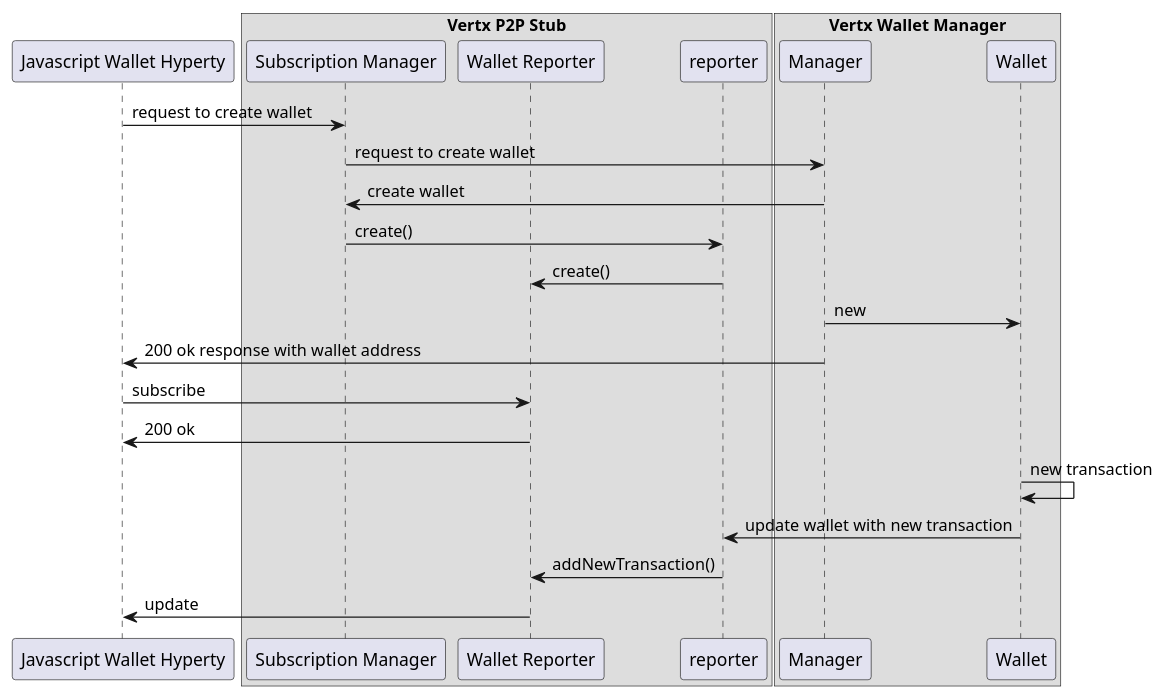
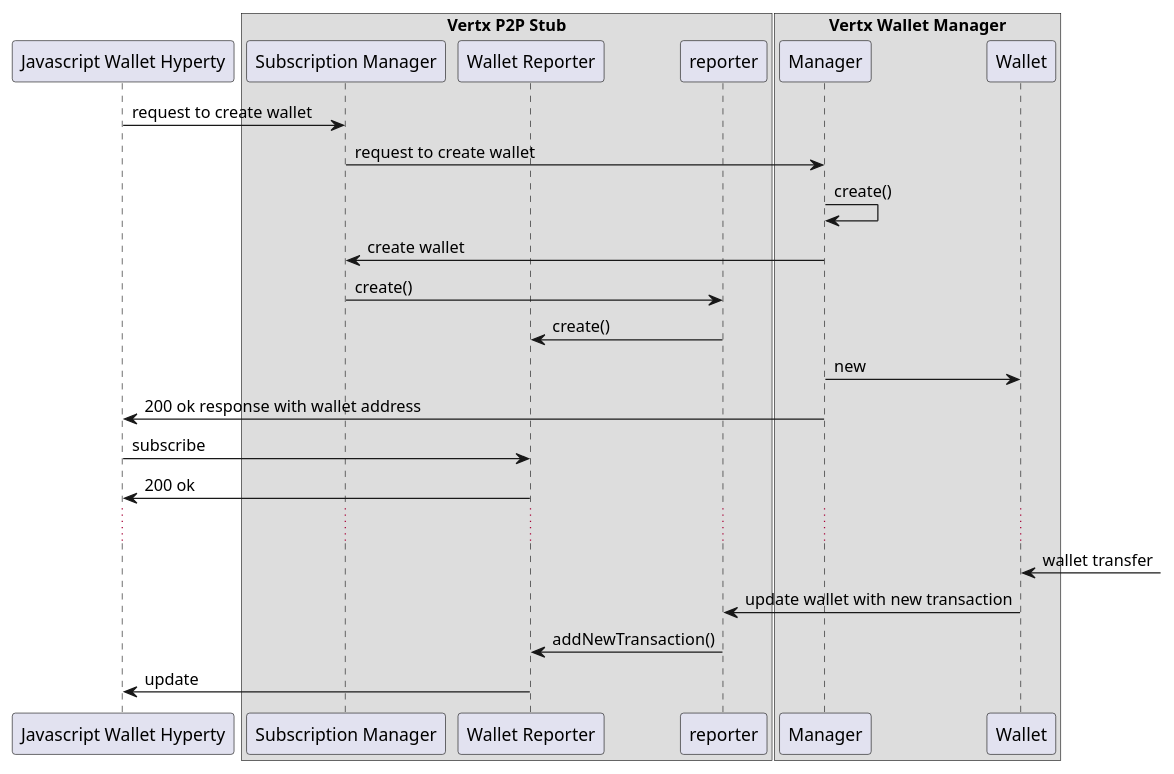
Before and after one commit to reTHINK-project/dev-java-hyperty: the diagram in docs/wallet-manager/wallet-msc.plantuml, drawn with PlantUML. The commit also changed 1 other file, not shown here.

Commit message:
wallet manager data flows spec improved

```diff
--- a/docs/wallet-manager/wallet-msc.plantuml
+++ b/docs/wallet-manager/wallet-msc.plantuml
@@ -1,44 +1,48 @@
 @startuml
 
 participant "Javascript Wallet Hyperty" as walletO
 
 box "Vertx P2P Stub"
   participant "Subscription Manager" as sm
   participant "Wallet Reporter" as walletR
   participant reporter
 end box
 
 box "Vertx Wallet Manager"
   participant "Manager" as man
   participant "Wallet" as wallet
 end box
 
 
 walletO -> sm : request to create wallet
 
 sm -> man : request to create wallet
 
+man -> man : create()
+
 man -> sm : create wallet
 
 sm -> reporter : create()
 
 reporter -> walletR : create()
 
 man -> wallet : new
 
 man -> walletO : 200 ok response with wallet address
 
 walletO -> walletR: subscribe
 
 
 walletO <- walletR: 200 ok
 
-wallet -> wallet : new transaction
+...
+
+wallet <- : wallet transfer
 
 wallet -> reporter : update wallet with new transaction
 
 reporter -> walletR : addNewTransaction()
 
-walletR -> walletO : update 
+walletR -> walletO : update
 
 @enduml
```
